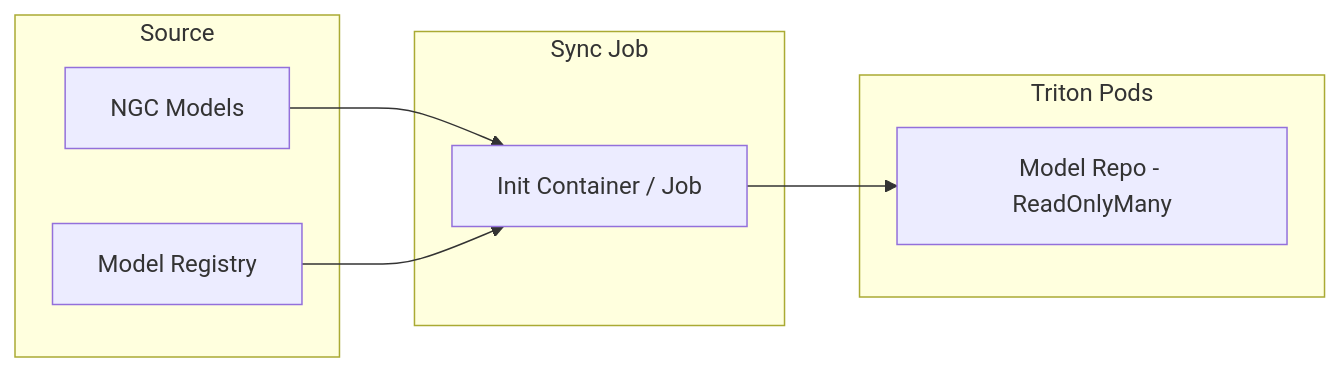
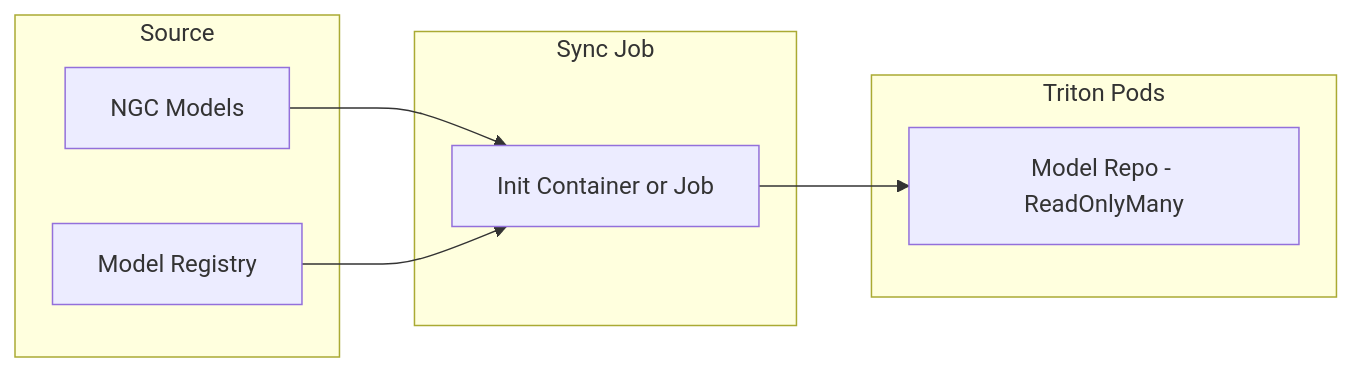
One commit to rmehta2974/LLM_mlops changed the third of 4 diagrams in 03-mlops-pipelines/02-nvidia-onprem.md. Above: the diagram before and after it, drawn with Mermaid. The commit also changed other lines of this file, not shown here.

````diff
--- a/03-mlops-pipelines/02-nvidia-onprem.md
+++ b/03-mlops-pipelines/02-nvidia-onprem.md
@@ -108,19 +108,19 @@
 ```mermaid
 flowchart LR
     subgraph Source["Source"]
         NGC[NGC Models]
         Registry[Model Registry]
     end
 
     subgraph Sync["Sync Job"]
-        Init[Init Container / Job]
+        Init[Init Container or Job]
     end
 
     subgraph Triton["Triton Pods"]
         Repo[Model Repo - ReadOnlyMany]
     end
 
     NGC --> Init
     Registry --> Init
     Init --> Repo
 ```
````
